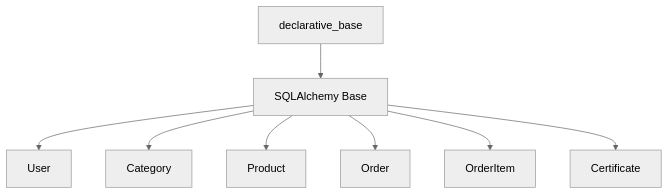
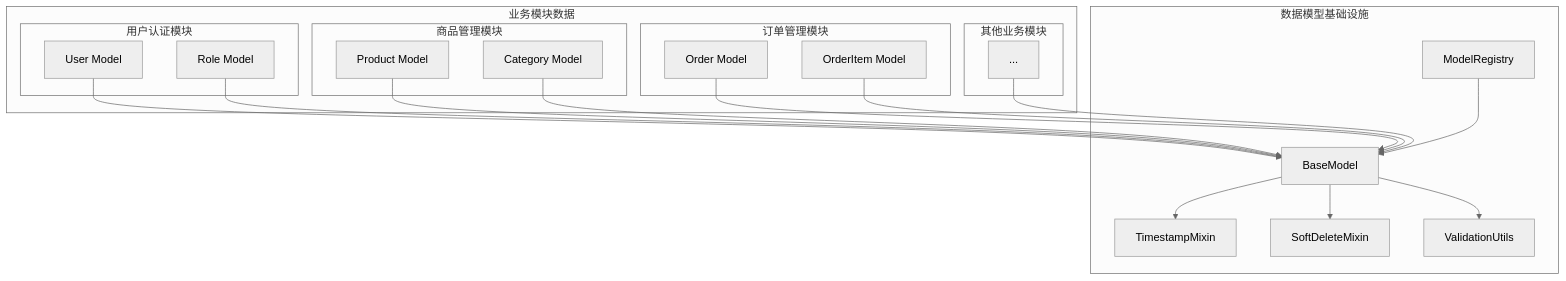
Before and after one commit to HaoranTong/ecommerce_platform: the second of 3 diagrams in docs/modules/data-models/overview.md, drawn with Mermaid (neutral theme). The commit also changed other lines of this file and 20 other files, not shown here.

````diff
--- a/docs/modules/data-models/overview.md
+++ b/docs/modules/data-models/overview.md
@@ -124,11 +304,44 @@
 ```mermaid
 graph TB
-    A[SQLAlchemy Base] --> B[User]
-    A --> C[Category]
-    A --> D[Product]
-    A --> E[Order]
-    A --> F[OrderItem]
-    A --> G[Certificate]
+    subgraph "业务模块数据"
+        subgraph "用户认证模块"
+            UserModel[User Model]
+            RoleModel[Role Model]
+        end
+        
+        subgraph "商品管理模块"
+            ProductModel[Product Model]
+            CategoryModel[Category Model]
+        end
+        
+        subgraph "订单管理模块"
+            OrderModel[Order Model]
+            OrderItemModel[OrderItem Model]
+        end
+        
+        subgraph "其他业务模块"
+            OtherModels[...]
+        end
+    end
     
-    H[declarative_base] --> A
+    subgraph "数据模型基础设施"
+        BaseModel[BaseModel]
+        TimestampMixin[TimestampMixin]
+        SoftDeleteMixin[SoftDeleteMixin]
+        ModelRegistry[ModelRegistry]
+        ValidationUtils[ValidationUtils]
+    end
+    
+    UserModel --> BaseModel
+    RoleModel --> BaseModel
+    ProductModel --> BaseModel
+    CategoryModel --> BaseModel
+    OrderModel --> BaseModel
+    OrderItemModel --> BaseModel
+    OtherModels --> BaseModel
+    
+    BaseModel --> TimestampMixin
+    BaseModel --> SoftDeleteMixin
+    BaseModel --> ValidationUtils
+    ModelRegistry --> BaseModel
 ```
````
